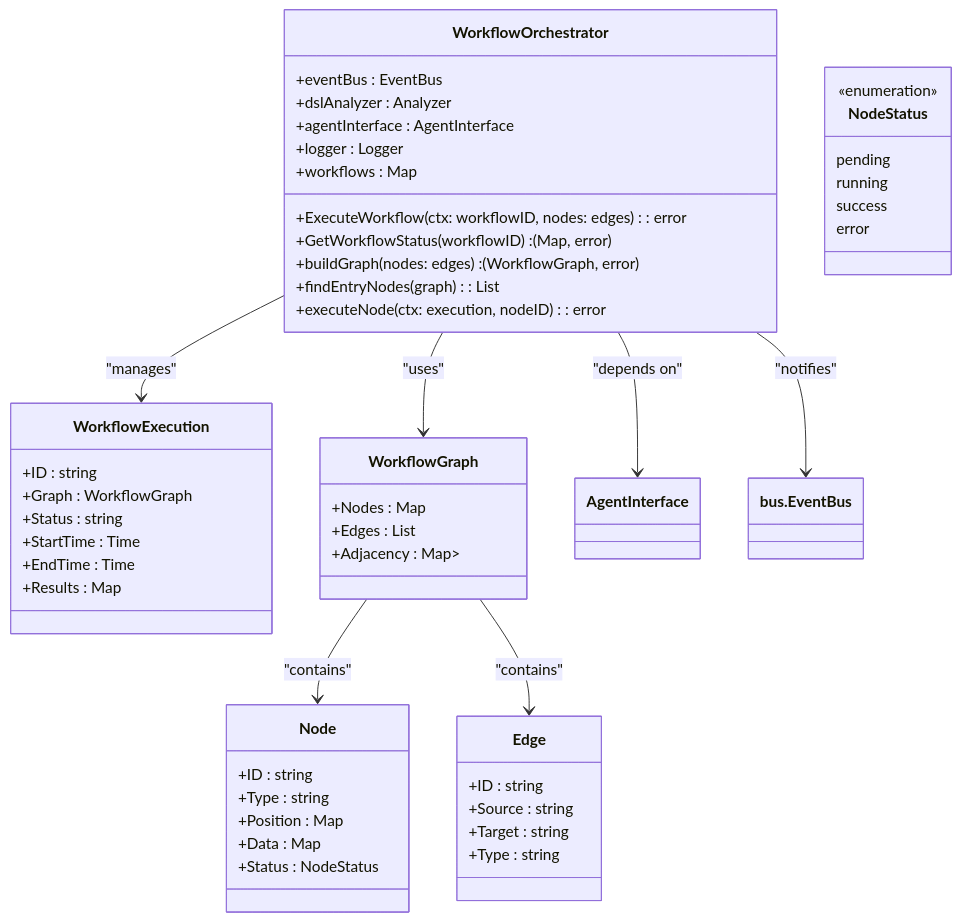
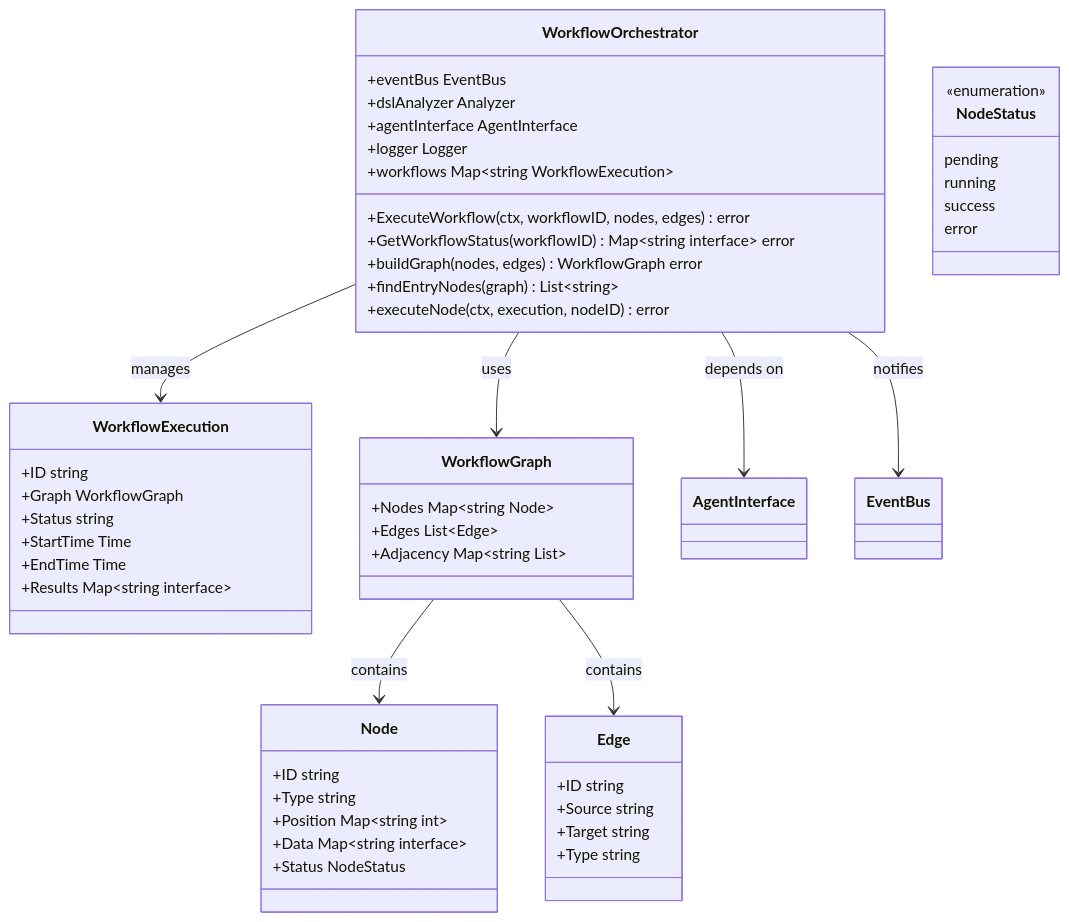
One commit to prxs-ai/praxis-go-sdk changed the fourth of 7 diagrams in docs/Architecture Overview/DSL Processing Engine/DSL Orchestrator.md. Above: the diagram before and after it, drawn with Mermaid. The commit also changed other lines of this file and 33 other files, not shown here.

````diff
--- a/docs/Architecture Overview/DSL Processing Engine/DSL Orchestrator.md
+++ b/docs/Architecture Overview/DSL Processing Engine/DSL Orchestrator.md
@@ -139,54 +139,54 @@
 ```mermaid
 classDiagram
 class WorkflowOrchestrator {
-+eventBus : EventBus
-+dslAnalyzer : Analyzer
-+agentInterface : AgentInterface
-+logger : Logger
-+workflows : Map<string, WorkflowExecution>
-+ExecuteWorkflow(ctx: workflowID, nodes: edges) : error
-+GetWorkflowStatus(workflowID) : (Map<string, interface>, error)
-+buildGraph(nodes: edges) : (WorkflowGraph, error)
-+findEntryNodes(graph) : List<string>
-+executeNode(ctx: execution, nodeID) : error
++eventBus EventBus
++dslAnalyzer Analyzer
++agentInterface AgentInterface
++logger Logger
++workflows Map~string WorkflowExecution~
++ExecuteWorkflow(ctx, workflowID, nodes, edges) error
++GetWorkflowStatus(workflowID) Map~string interface~ error
++buildGraph(nodes, edges) WorkflowGraph error
++findEntryNodes(graph) List~string~
++executeNode(ctx, execution, nodeID) error
 }
 class WorkflowExecution {
-+ID : string
-+Graph : WorkflowGraph
-+Status : string
-+StartTime : Time
-+EndTime : Time
-+Results : Map<string, interface>
++ID string
++Graph WorkflowGraph
++Status string
++StartTime Time
++EndTime Time
++Results Map~string interface~
 }
 class WorkflowGraph {
-+Nodes : Map<string, Node>
-+Edges : List<Edge>
-+Adjacency : Map<string, List<string>>
++Nodes Map~string Node~
++Edges List~Edge~
++Adjacency Map~string List~
 }
 class Node {
-+ID : string
-+Type : string
-+Position : Map<string, int>
-+Data : Map<string, interface>
-+Status : NodeStatus
++ID string
++Type string
++Position Map~string int~
++Data Map~string interface~
++Status NodeStatus
 }
 class Edge {
-+ID : string
-+Source : string
-+Target : string
-+Type : string
++ID string
++Source string
++Target string
++Type string
 }
 class NodeStatus {
 <<enumeration>>
 pending
 running
 success
 error
 }
-WorkflowOrchestrator --> WorkflowExecution : "manages"
-WorkflowOrchestrator --> WorkflowGraph : "uses"
-WorkflowGraph --> Node : "contains"
-WorkflowGraph --> Edge : "contains"
-WorkflowOrchestrator --> AgentInterface : "depends on"
-WorkflowOrchestrator --> bus.EventBus : "notifies"
+WorkflowOrchestrator --> WorkflowExecution: manages
+WorkflowOrchestrator --> WorkflowGraph: uses
+WorkflowGraph --> Node: contains
+WorkflowGraph --> Edge: contains
+WorkflowOrchestrator --> AgentInterface: depends on
+WorkflowOrchestrator --> EventBus: notifies
 ```
````
